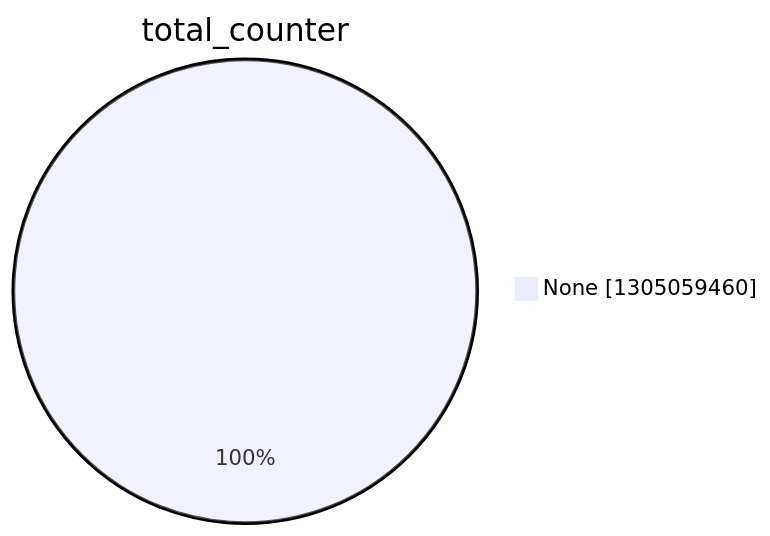
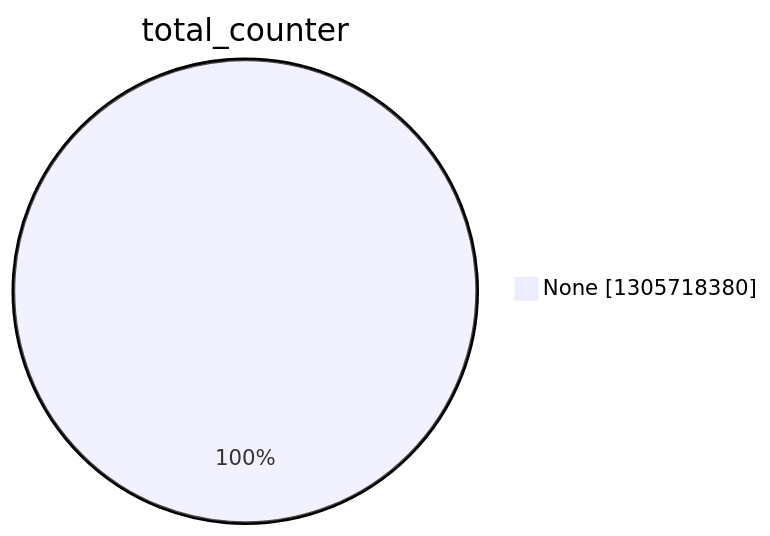
The second of 15 diagrams in argon2022/README.md (christiankrug/ctmonitor_visualization), drawn with Mermaid before and after one commit. The commit also changed other lines of this file, not shown here.

````diff
--- a/argon2022/README.md
+++ b/argon2022/README.md
@@ -9,5 +9,5 @@
 ```mermaid
 pie showData
 title total_counter
-"None" :1305059460
+"None" :1305718380
 ```
````
